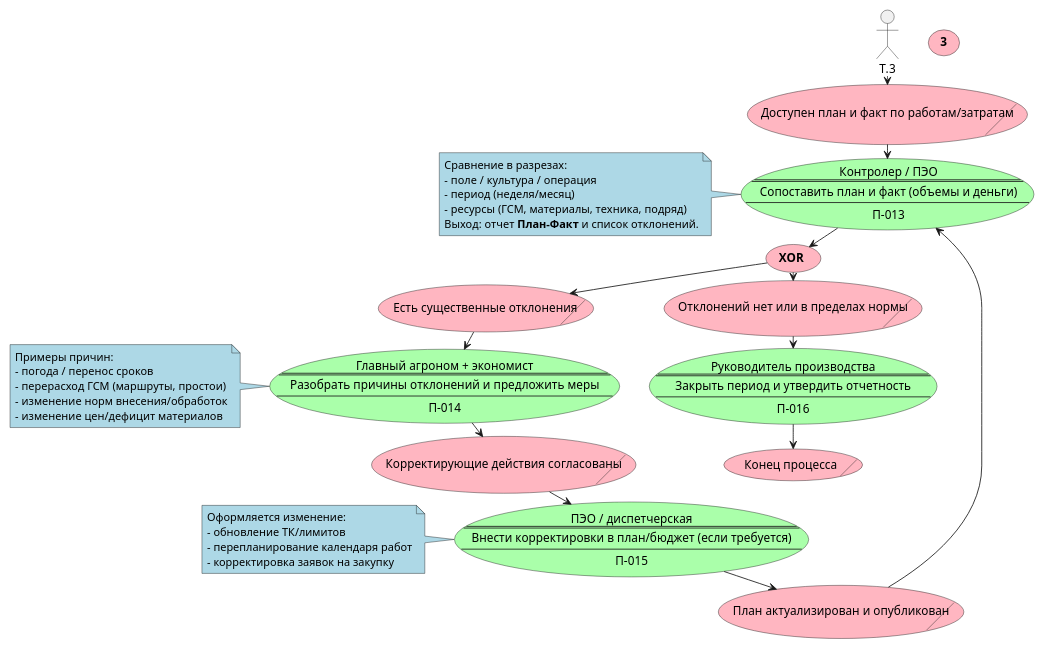
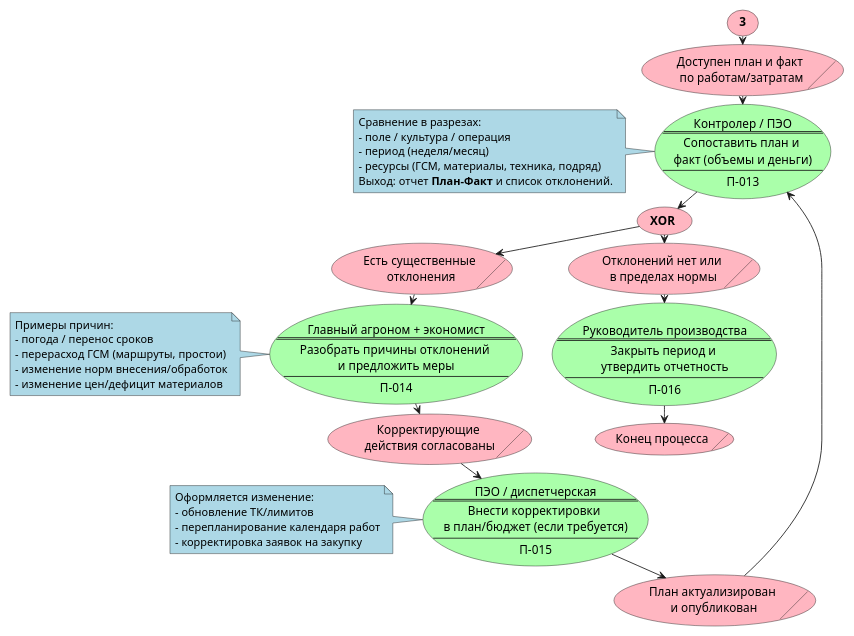
Before and after one commit to redokov/infostart2026: the fourth of 4 diagrams in docs/СхемаПроцесса.wsd, drawn with PlantUML. The commit also changed other lines of this file and 10 other files, not shown here.

Commit message:
скорректировал схему процесса

```diff
--- a/docs/СхемаПроцесса.wsd
+++ b/docs/СхемаПроцесса.wsd
@@ -297,94 +313,98 @@
 @startuml FieldWorksPlanningProcessPart4
 top to bottom direction
 skinparam ranksep 10
 skinparam dpi 80
 skinparam packageTitleAlignment left
 
 skinparam usecase {
   BackgroundColor LightPink
 }
 skinparam note {
   BackgroundColor LightBlue
 }
 skinparam rectangle {
   BackgroundColor LightGray
 }
 
 usecase Т.3 as "**3**"
 
-usecase/ С.17 as "Доступен план и факт по работам/затратам"
+usecase/ С.17 as "Доступен план и факт\n по работам/затратам"
 
 usecase Ф.13 #AAFFAA as "
 Контролер / ПЭО
 ====
-Сопоставить план и факт (объемы и деньги)
+Сопоставить план и 
+факт (объемы и деньги)
 ----
 П-013"
 note left of Ф.13
 Сравнение в разрезах:
 - поле / культура / операция
 - период (неделя/месяц)
 - ресурсы (ГСМ, материалы, техника, подряд)
 Выход: отчет **План–Факт** и список отклонений.
 end note
 
 usecase У.3 as (**XOR**)
 
-usecase/ С.18 as "Отклонений нет или в пределах нормы"
-usecase/ С.19 as "Есть существенные отклонения"
+usecase/ С.18 as "Отклонений нет или\n в пределах нормы"
+usecase/ С.19 as "Есть существенные\n отклонения"
 
 usecase Ф.14 #AAFFAA as "
 Главный агроном + экономист
 ====
-Разобрать причины отклонений и предложить меры
+Разобрать причины отклонений 
+и предложить меры
 ----
 П-014"
 note left of Ф.14
 Примеры причин:
 - погода / перенос сроков
 - перерасход ГСМ (маршруты, простои)
 - изменение норм внесения/обработок
 - изменение цен/дефицит материалов
 end note
 
-usecase/ С.20 as "Корректирующие действия согласованы"
+usecase/ С.20 as "Корректирующие \nдействия согласованы"
 
 usecase Ф.15 #AAFFAA as "
 ПЭО / диспетчерская
 ====
-Внести корректировки в план/бюджет (если требуется)
+Внести корректировки 
+в план/бюджет (если требуется)
 ----
 П-015"
 note left of Ф.15
 Оформляется изменение:
 - обновление ТК/лимитов
 - перепланирование календаря работ
 - корректировка заявок на закупку
 end note
 
-usecase/ С.21 as "План актуализирован и опубликован"
+usecase/ С.21 as "План актуализирован\n и опубликован"
 
 usecase Ф.16 #AAFFAA as "
 Руководитель производства
 ====
-Закрыть период и утвердить отчетность
+Закрыть период и 
+утвердить отчетность
 ----
 П-016"
 
 usecase/ S.99 as "Конец процесса"
 
-T.3 -d-> С.17
+Т.3 -d-> С.17
 С.17 -d-> Ф.13
 Ф.13 -d-> У.3
 У.3 -d-> С.18
 У.3 -d-> С.19
 
 С.19 -d-> Ф.14
 Ф.14 -d-> С.20
 С.20 -d-> Ф.15
 Ф.15 -d-> С.21
 С.21 -d-> Ф.13
 
 С.18 -d-> Ф.16
 Ф.16 -d-> S.99
 @enduml
```
